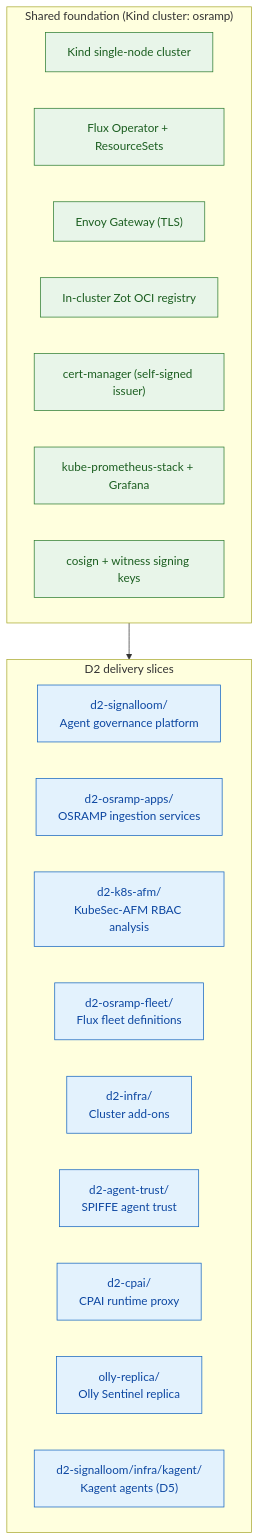
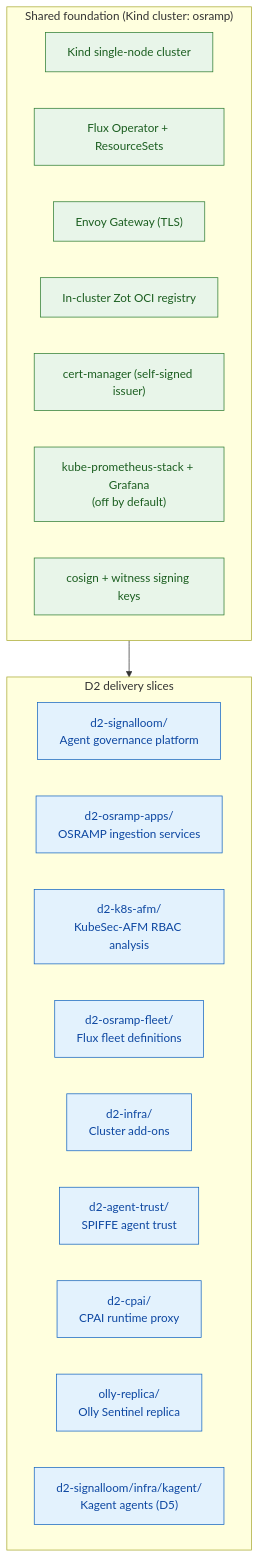
One commit to sublimino/architecture-as-code changed the first of 2 diagrams in AGENTS.md. Above: the diagram before and after it, drawn with Mermaid. The commit also changed other lines of this file and 46 other files, not shown here.

````diff
--- a/AGENTS.md
+++ b/AGENTS.md
@@ -21,31 +21,31 @@
 ```mermaid
 flowchart TB
   subgraph FOUNDATION["Shared foundation (Kind cluster: osramp)"]
     KIND["Kind single-node cluster"]
     FLUX["Flux Operator + ResourceSets"]
     INGRESS["Envoy Gateway (TLS)"]
     ZOT["In-cluster Zot OCI registry"]
     CERT["cert-manager (self-signed issuer)"]
-    MON["kube-prometheus-stack + Grafana"]
+    MON["kube-prometheus-stack + Grafana<br/>(off by default)"]
     SIGN["cosign + witness signing keys"]
   end
 
   subgraph SLICES["D2 delivery slices"]
     SL["d2-signalloom/<br/>Agent governance platform"]
     OA["d2-osramp-apps/<br/>OSRAMP ingestion services"]
     AFM["d2-k8s-afm/<br/>KubeSec-AFM RBAC analysis"]
     FLT["d2-osramp-fleet/<br/>Flux fleet definitions"]
     INF["d2-infra/<br/>Cluster add-ons"]
     AGT["d2-agent-trust/<br/>SPIFFE agent trust"]
     CPAI["d2-cpai/<br/>CPAI runtime proxy"]
     OLLY["olly-replica/<br/>Olly Sentinel replica"]
     KAG["d2-signalloom/infra/kagent/<br/>Kagent agents (D5)"]
   end
 
   FOUNDATION --> SLICES
 
   classDef found fill:#e8f5e9,stroke:#2e7d32,color:#1b5e20;
   classDef slice fill:#e3f2fd,stroke:#1565c0,color:#0d47a1;
   class KIND,FLUX,INGRESS,ZOT,CERT,MON,SIGN found;
   class SL,OA,AFM,FLT,INF,AGT,CPAI,OLLY,KAG slice;
 ```
````
